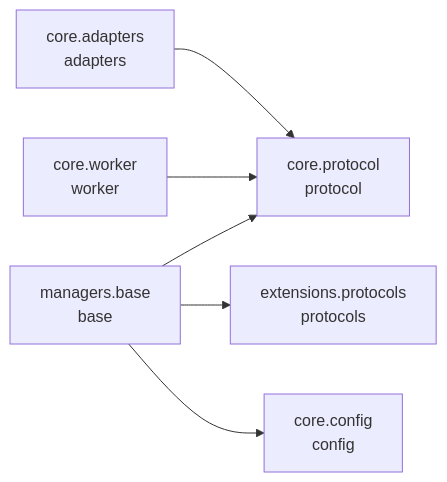
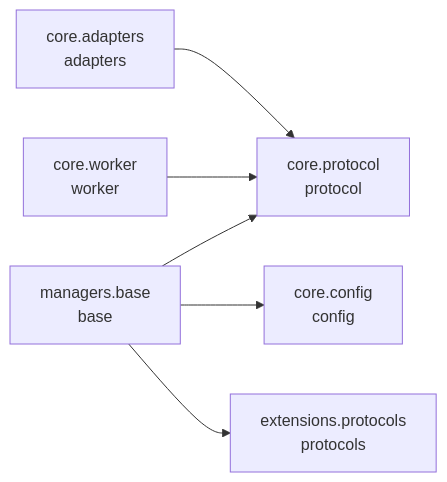
Before and after one commit to cj-mills/cjm-fasthtml-workers: the diagram in README.md, drawn with Mermaid. The commit also changed other lines of this file and 11 other files, not shown here.

````diff
--- a/README.md
+++ b/README.md
@@ -29,15 +29,15 @@
 ``` mermaid
 graph LR
     core_adapters[core.adapters<br/>adapters]
     core_config[core.config<br/>config]
     core_protocol[core.protocol<br/>protocol]
     core_worker[core.worker<br/>worker]
     extensions_protocols[extensions.protocols<br/>protocols]
     managers_base[managers.base<br/>base]
 
     core_adapters --> core_protocol
     core_worker --> core_protocol
+    managers_base --> core_config
     managers_base --> extensions_protocols
     managers_base --> core_protocol
-    managers_base --> core_config
 ```
````
